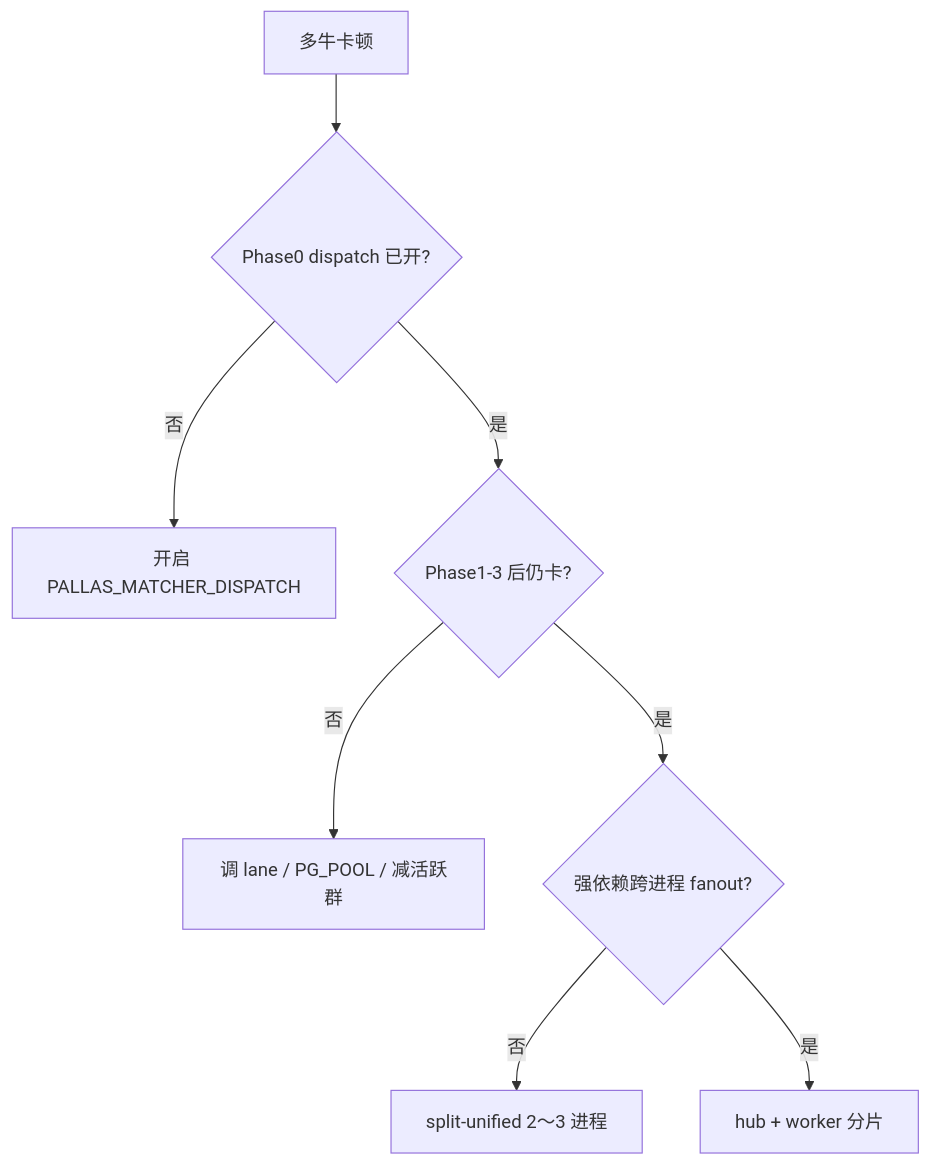
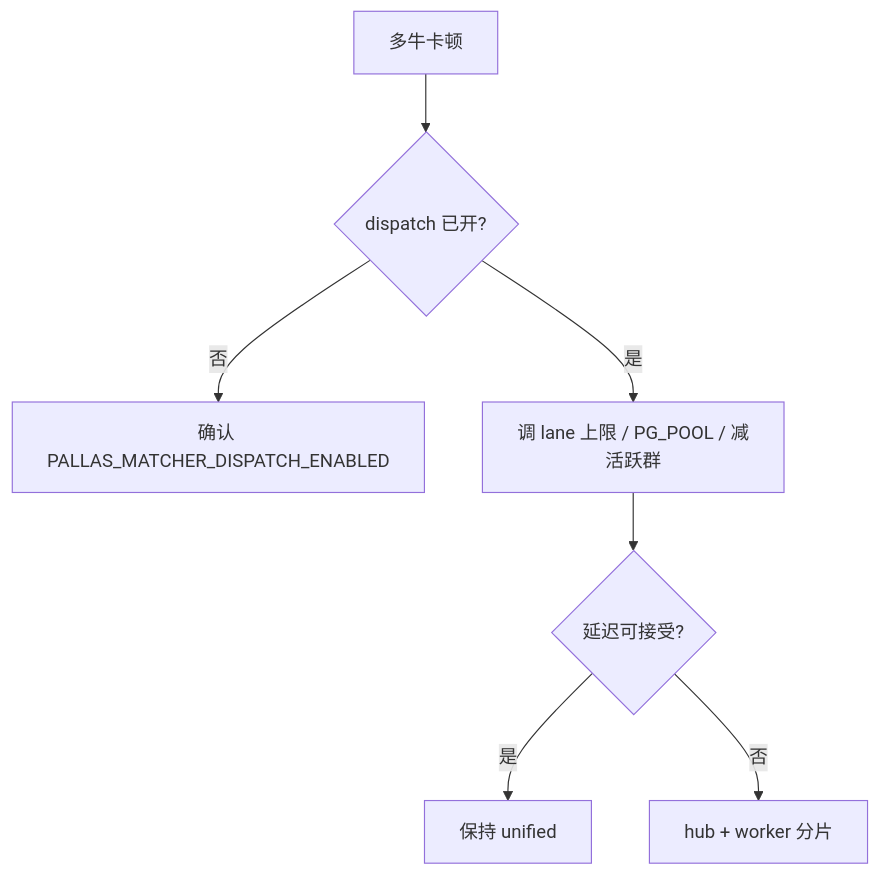
Before and after one commit to TogetsuDo/Pallas-Bot: the second of 2 diagrams in docs/architecture/central-ingress-dispatch.md, drawn with Mermaid. The commit also changed other lines of this file and 6 other files, not shown here.

````diff
--- a/docs/architecture/central-ingress-dispatch.md
+++ b/docs/architecture/central-ingress-dispatch.md
@@ -251,10 +195,9 @@
 ```mermaid
 flowchart TD
-  START[多牛卡顿] --> P0{Phase0 dispatch 已开?}
-  P0 -->|否| ENABLE[开启 PALLAS_MATCHER_DISPATCH]
-  P0 -->|是| P13{Phase1-3 后仍卡?}
-  P13 -->|否| TUNE[调 lane / PG_POOL / 减活跃群]
-  P13 -->|是| FLEET{强依赖跨进程 fanout?}
-  FLEET -->|否| SPLIT[split-unified 2～3 进程]
-  FLEET -->|是| SHARD[hub + worker 分片]
+  START[多牛卡顿] --> DISPATCH{dispatch 已开?}
+  DISPATCH -->|否| ENABLE[确认 PALLAS_MATCHER_DISPATCH_ENABLED]
+  DISPATCH -->|是| TUNE[调 lane 上限 / PG_POOL / 减活跃群]
+  TUNE --> OK{延迟可接受?}
+  OK -->|是| DONE[保持 unified]
+  OK -->|否| SHARD[hub + worker 分片]
 ```
````
